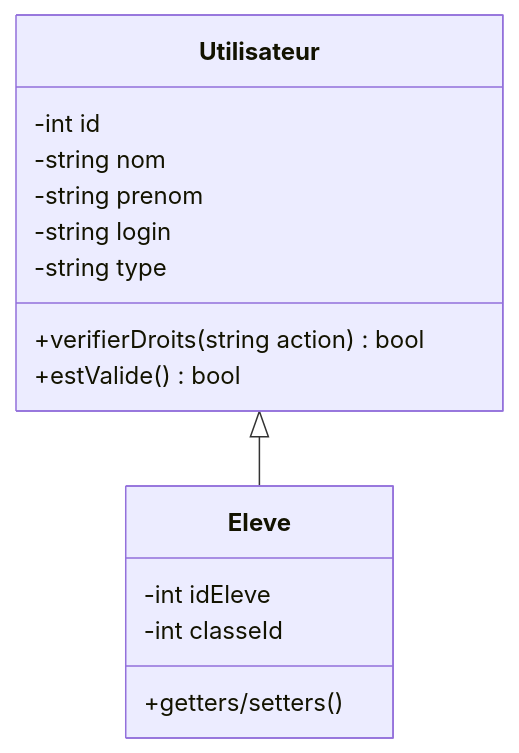
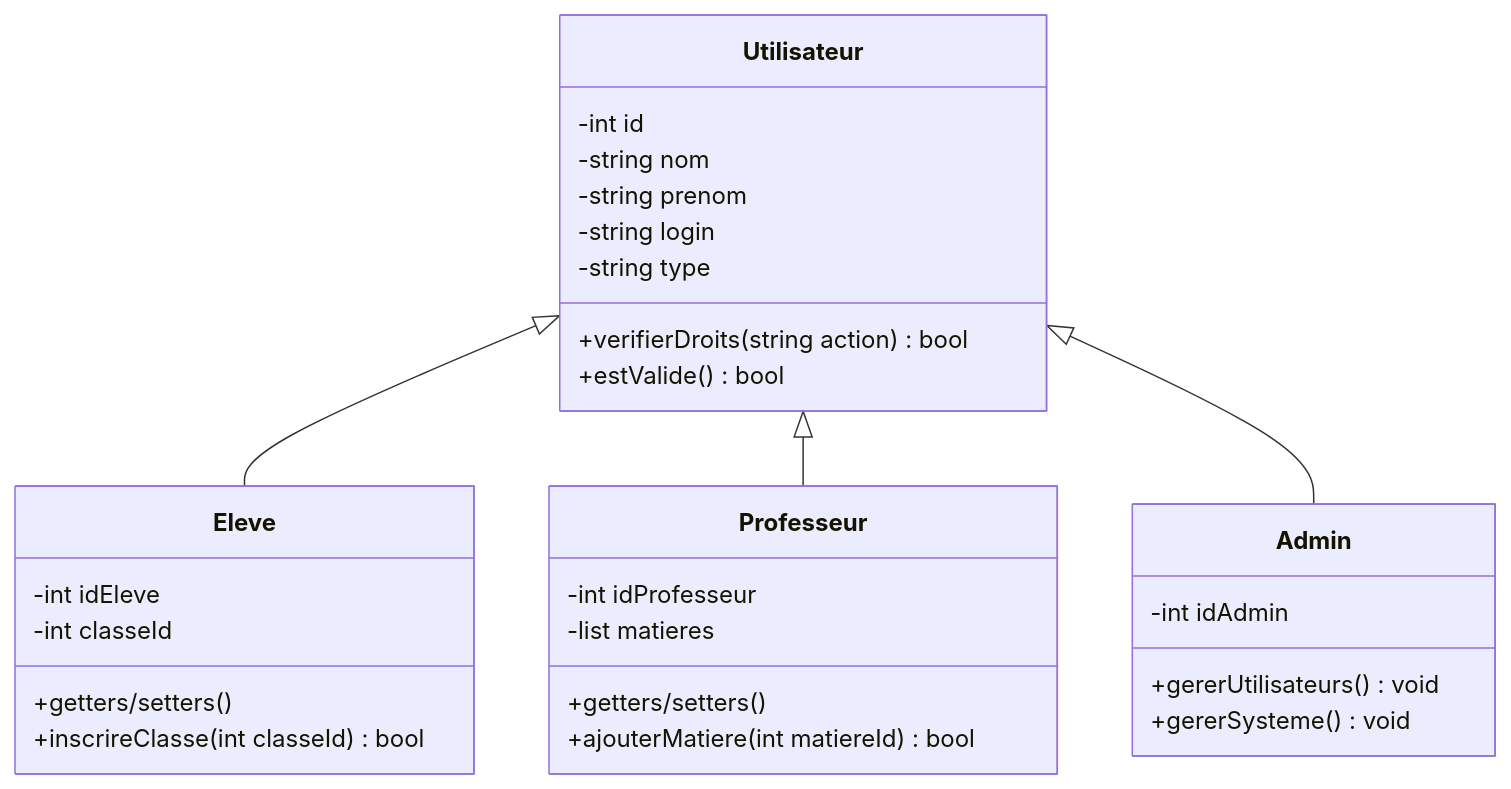
Before and after one commit to sorooty/PROJET-ECOSYSTEM-ERP: the first of 4 diagrams in README.md, drawn with Mermaid. The commit also changed other lines of this file, not shown here.

Commit message:
mini changes

````diff
--- a/README.md
+++ b/README.md
@@ -375,20 +375,36 @@
 ```mermaid
 classDiagram
     class Utilisateur {
         -int id
         -string nom
         -string prenom
         -string login
         -string type
         +verifierDroits(string action) bool
         +estValide() bool
     }
 
     class Eleve {
         -int idEleve
         -int classeId
         +getters/setters()
+        +inscrireClasse(int classeId) bool
+    }
+
+    class Professeur {
+        -int idProfesseur
+        -list<int> matieres
+        +getters/setters()
+        +ajouterMatiere(int matiereId) bool
+    }
+
+    class Admin {
+        -int idAdmin
+        +gererUtilisateurs() void
+        +gererSysteme() void
     }
 
     Utilisateur <|-- Eleve
+    Utilisateur <|-- Professeur
+    Utilisateur <|-- Admin
 ```
````
